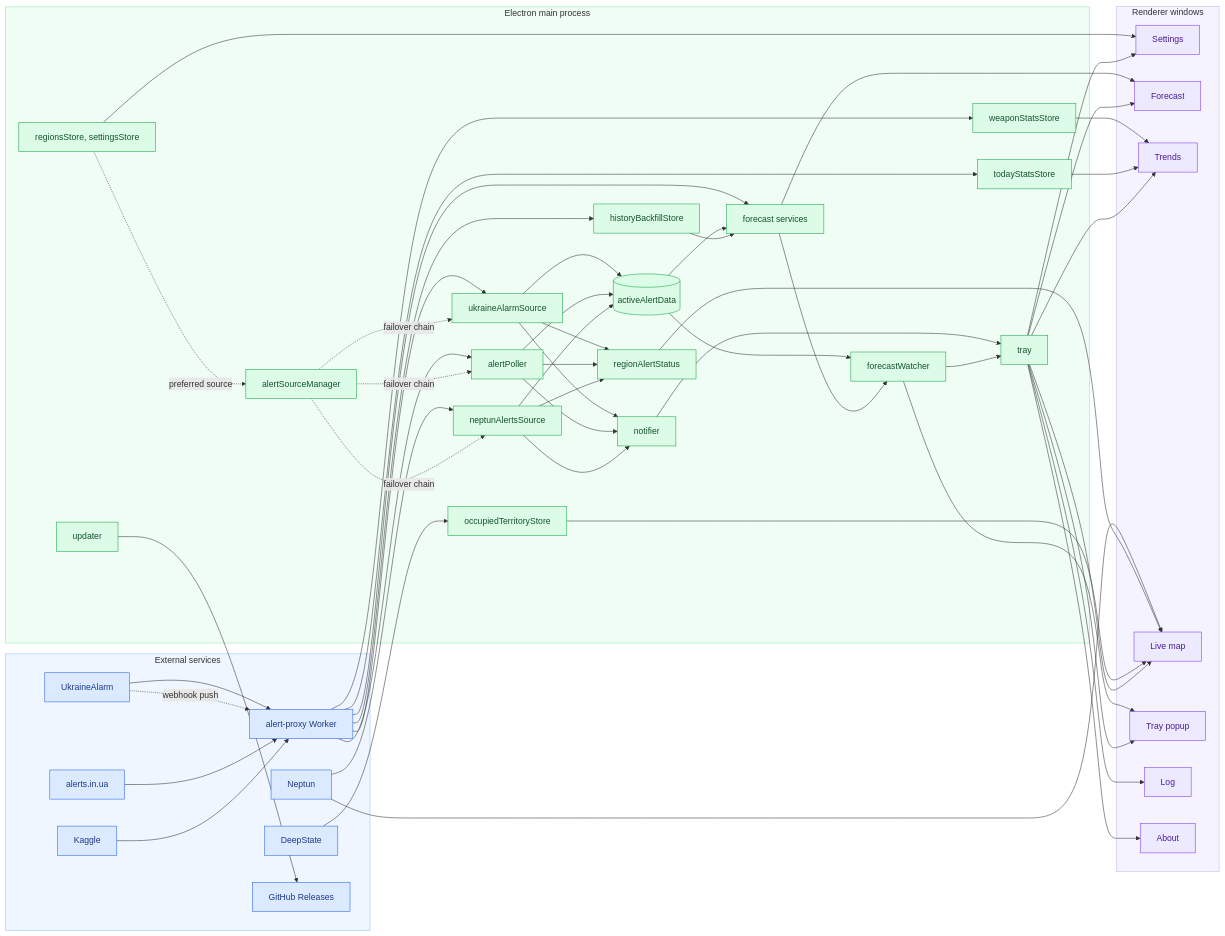
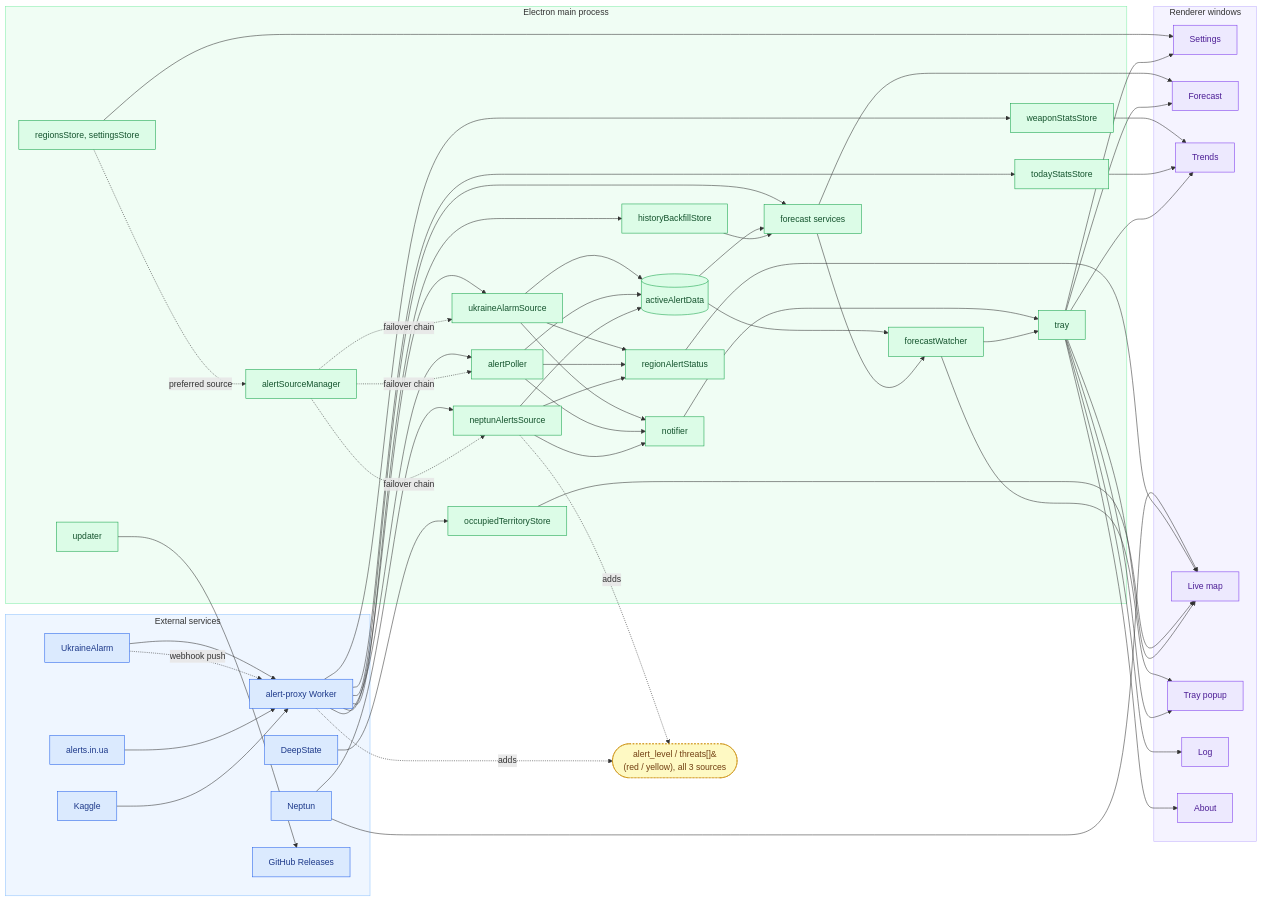
Before and after one commit to sergeiown/Alert_Server: the diagram in docs/diagrams/architecture-en.mmd, drawn with Mermaid. The commit also changed 3 other files, not shown here.

Commit message:
Update architecture diagram for the new alert_level/threats data

```diff
--- a/docs/diagrams/architecture-en.mmd
+++ b/docs/diagrams/architecture-en.mmd
@@ -1,105 +1,111 @@
 flowchart LR
     subgraph ext[External services]
         ukrainealarm[UkraineAlarm]
         api[alerts.in.ua]
         proxy[alert-proxy Worker]
         neptun[Neptun]
         deepstate[DeepState]
         kaggle[Kaggle]
         gh[GitHub Releases]
     end
 
     subgraph main[Electron main process]
         sourceManager[alertSourceManager]
         uaSource[ukraineAlarmSource]
         poller[alertPoller]
         altSource[neptunAlertsSource]
         activeData[(activeAlertData)]
         notifier[notifier]
         regionStatus[regionAlertStatus]
         todayStats[todayStatsStore]
         historyBackfill[historyBackfillStore]
         occupied[occupiedTerritoryStore]
         forecast[forecast services]
         watcher[forecastWatcher]
         weaponStats[weaponStatsStore]
         tray[tray]
         stores[regionsStore, settingsStore]
         updater[updater]
     end
 
     subgraph win[Renderer windows]
         settingsWin[Settings]
         forecastWin[Forecast]
         trendsWin[Trends]
         liveMapWin[Live map]
         popup[Tray popup]
         logWin[Log]
         aboutWin[About]
     end
 
     ukrainealarm --> proxy
     ukrainealarm -. webhook push .-> proxy
     api --> proxy
     kaggle --> proxy
     proxy --> uaSource
     proxy --> poller
     proxy --> forecast
     proxy --> weaponStats
     proxy --> todayStats
     proxy --> historyBackfill
     deepstate --> occupied
     neptun --> liveMapWin
     neptun --> altSource
 
+    levelNote(["alert_level / threats[]&#10;(red / yellow), all 3 sources"])
+    proxy -. adds .-> levelNote
+    altSource -. adds .-> levelNote
+
     stores -. preferred source .-> sourceManager
     sourceManager -. failover chain .-> uaSource
     sourceManager -. failover chain .-> poller
     sourceManager -. failover chain .-> altSource
     uaSource --> activeData
     poller --> activeData
     altSource --> activeData
     uaSource --> notifier
     poller --> notifier
     altSource --> notifier
     uaSource --> regionStatus
     poller --> regionStatus
     altSource --> regionStatus
     notifier --> tray
 
     activeData --> forecast
     activeData --> watcher
     historyBackfill --> forecast
     forecast --> watcher
     watcher --> tray
     watcher --> popup
 
     regionStatus --> liveMapWin
     occupied --> liveMapWin
     weaponStats --> trendsWin
     todayStats --> trendsWin
 
     stores --> settingsWin
     forecast --> forecastWin
 
     tray --> settingsWin
     tray --> forecastWin
     tray --> trendsWin
     tray --> liveMapWin
     tray --> logWin
     tray --> aboutWin
     tray --> popup
 
     updater --> gh
 
     classDef extNode fill:#dbeafe,stroke:#2563eb,color:#1e3a8a
     classDef mainNode fill:#dcfce7,stroke:#16a34a,color:#14532d
     classDef winNode fill:#ede9fe,stroke:#7c3aed,color:#4c1d95
+    classDef noteNode fill:#fef9c3,stroke:#ca8a04,color:#713f12,stroke-dasharray:3 3
 
     class ukrainealarm,api,proxy,neptun,deepstate,kaggle,gh extNode
     class sourceManager,uaSource,poller,altSource,activeData,notifier,regionStatus,todayStats,historyBackfill,occupied,forecast,watcher,weaponStats,tray,stores,updater mainNode
     class settingsWin,forecastWin,trendsWin,liveMapWin,popup,logWin,aboutWin winNode
+    class levelNote noteNode
 
     style ext fill:#eff6ff,stroke:#93c5fd
     style main fill:#f0fdf4,stroke:#86efac
     style win fill:#f5f3ff,stroke:#c4b5fd
```
